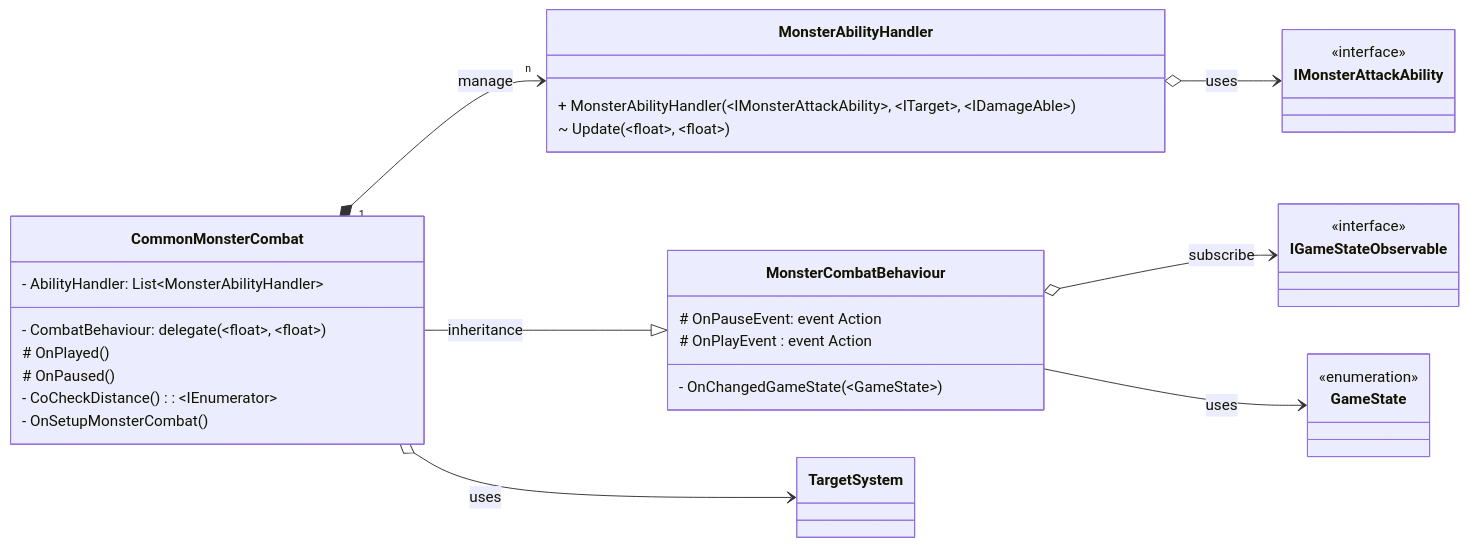
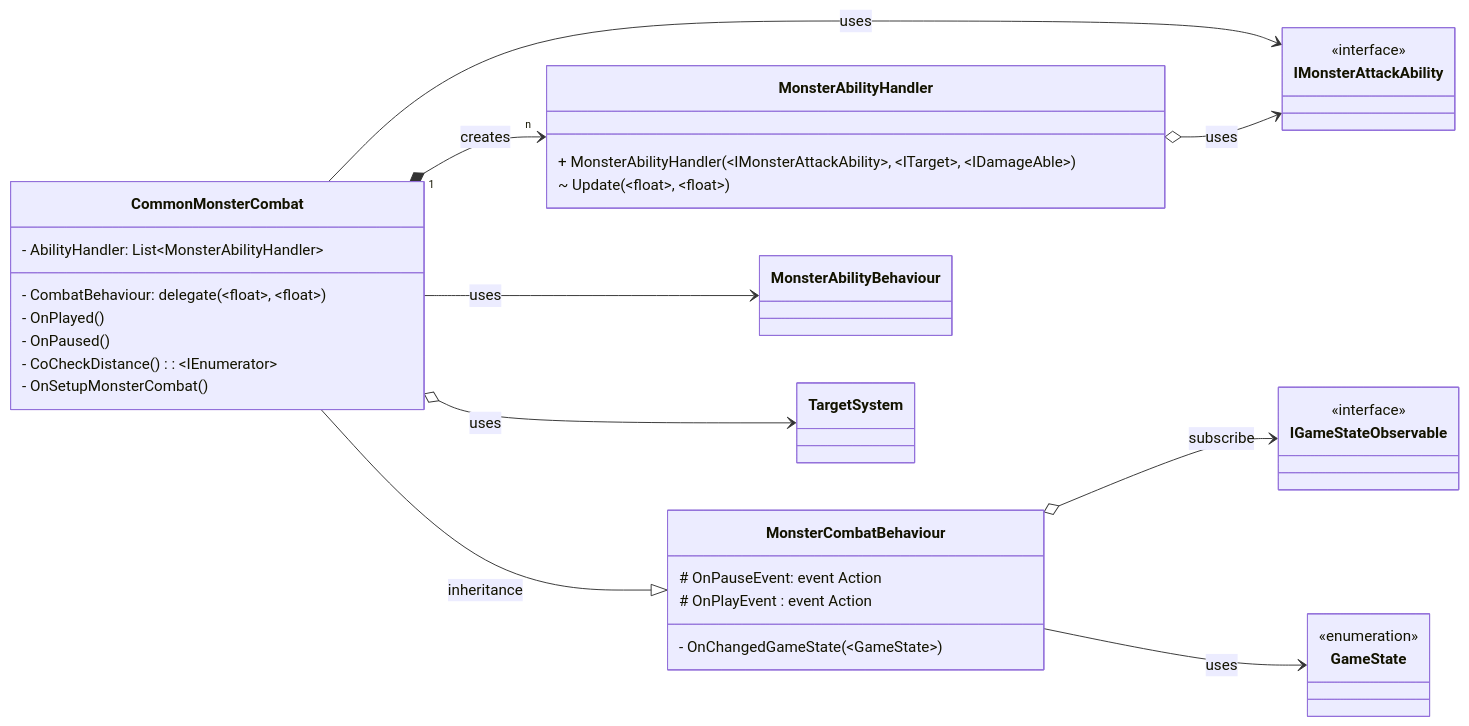
The third of 4 diagrams in content/docs/Projects/SlimeRush/BattleSystem/Overview.md (CosmicGiantKoala/CosmicGiantKoala.github.io), drawn with Mermaid before and after one commit. The commit also changed other lines of this file and 25 other files, not shown here.

````diff
--- a/content/docs/Projects/SlimeRush/BattleSystem/Overview.md
+++ b/content/docs/Projects/SlimeRush/BattleSystem/Overview.md
@@ -232,42 +239,47 @@
 ```mermaid
 classDiagram
     direction LR
     class IGameStateObservable {
         <<interface>>
     }
     
     class GameState{
         <<enumeration>>
     }
 
     class MonsterCombatBehaviour {
         # OnPauseEvent: event Action
         # OnPlayEvent : event Action
         - OnChangedGameState(~GameState~)
     }
     
     class CommonMonsterCombat {
         - CombatBehaviour: delegate(~float~, ~float~)
         - AbilityHandler: List~MonsterAbilityHandler~
-        # OnPlayed()
-        # OnPaused()
+        - OnPlayed()
+        - OnPaused()
         - CoCheckDistance(): ~IEnumerator~
         - OnSetupMonsterCombat()
     }
 
     class MonsterAbilityHandler {
         + MonsterAbilityHandler(~IMonsterAttackAbility~, ~ITarget~, ~IDamageAble~)
         ~ Update(~float~, ~float~)
     }
 
     class IMonsterAttackAbility {
         <<interface>>
     }
+    
+    class MonsterAbilityBehaviour { }
+    class IMonsterAttackAbility {<<interface>>} 
 
     MonsterCombatBehaviour o--> IGameStateObservable : subscribe
     MonsterCombatBehaviour --> GameState: uses
-    CommonMonsterCombat "1" *--> "n" MonsterAbilityHandler : manage 
+    CommonMonsterCombat --> MonsterAbilityBehaviour : uses
+    CommonMonsterCombat "1" *--> "n" MonsterAbilityHandler : creates 
     CommonMonsterCombat o--> TargetSystem : uses
     CommonMonsterCombat --|> MonsterCombatBehaviour : inheritance
+    CommonMonsterCombat --> IMonsterAttackAbility: uses
     MonsterAbilityHandler o--> IMonsterAttackAbility : uses
 ```
````
